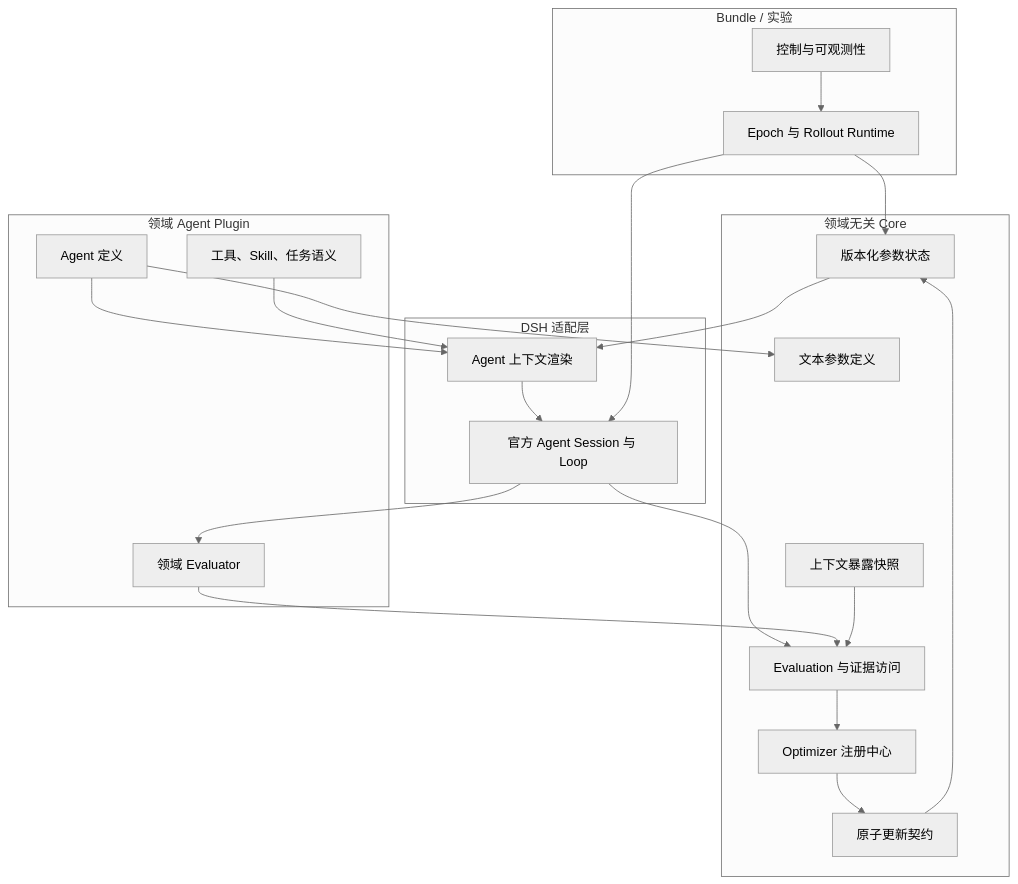
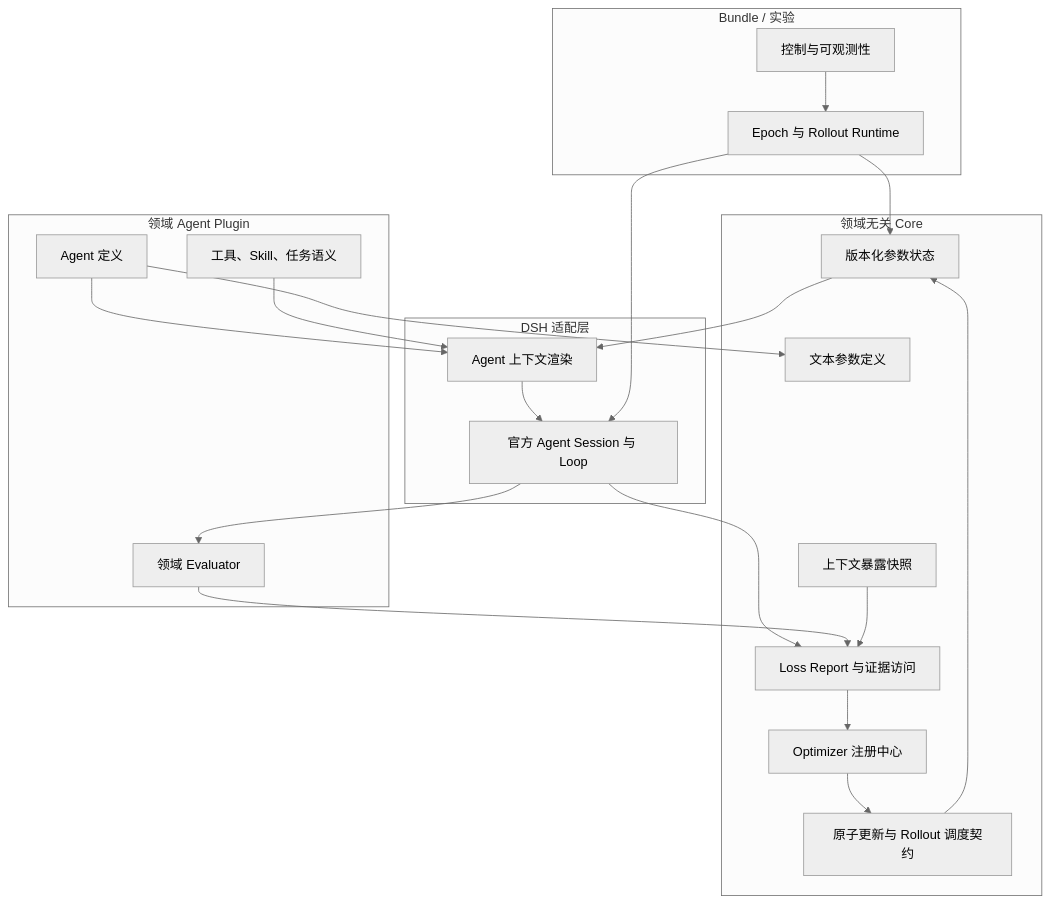
Before and after one commit to BruceLoveLee000/tokens-as-parameters: the first of 3 diagrams in docs/zh-CN/architecture/token-optimization-core.md, drawn with Mermaid (neutral theme). The commit also changed other lines of this file and 50 other files, not shown here.

````diff
--- a/docs/zh-CN/architecture/token-optimization-core.md
+++ b/docs/zh-CN/architecture/token-optimization-core.md
@@ -11,43 +11,43 @@
 ```mermaid
 flowchart TB
   subgraph Core[领域无关 Core]
     Registry[文本参数定义]
     State[版本化参数状态]
     Exposure[上下文暴露快照]
-    Feedback[Evaluation 与证据访问]
-    Contract[原子更新契约]
+    Feedback[Loss Report 与证据访问]
+    Contract[原子更新与 Rollout 调度契约]
     Optimizers[Optimizer 注册中心]
   end
 
   subgraph Adapter[DSH 适配层]
     Renderer[Agent 上下文渲染]
     Sessions[官方 Agent Session 与 Loop]
   end
 
   subgraph Domain[领域 Agent Plugin]
     Definition[Agent 定义]
     Semantics[工具、Skill、任务语义]
     Evaluator[领域 Evaluator]
   end
 
   subgraph Product[Bundle / 实验]
     Runtime[Epoch 与 Rollout Runtime]
     Controls[控制与可观测性]
   end
 
   Definition --> Registry
   Definition --> Renderer
   Semantics --> Renderer
   State --> Renderer
   Renderer --> Sessions
   Sessions --> Evaluator
   Sessions --> Feedback
   Evaluator --> Feedback
   Exposure --> Feedback
   Feedback --> Optimizers
   Optimizers --> Contract
   Contract --> State
   Runtime --> Sessions
   Runtime --> State
   Controls --> Runtime
 ```
````
